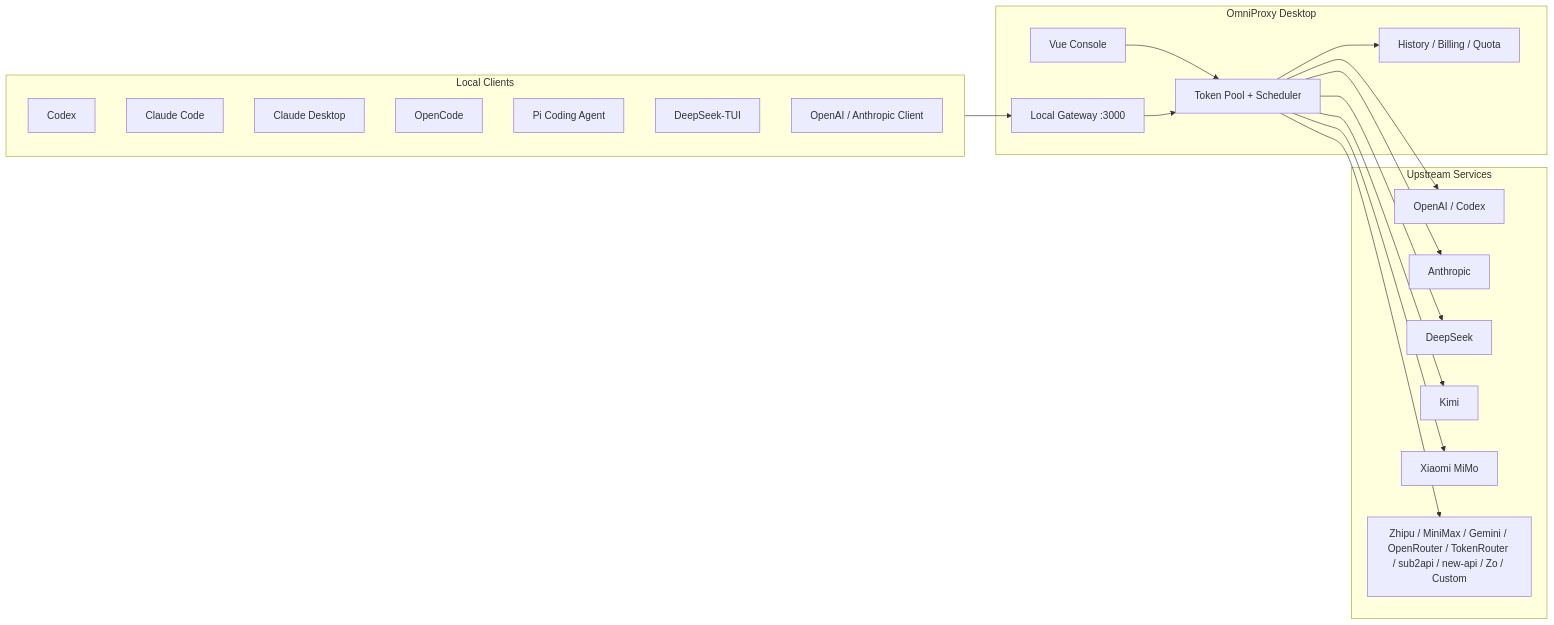
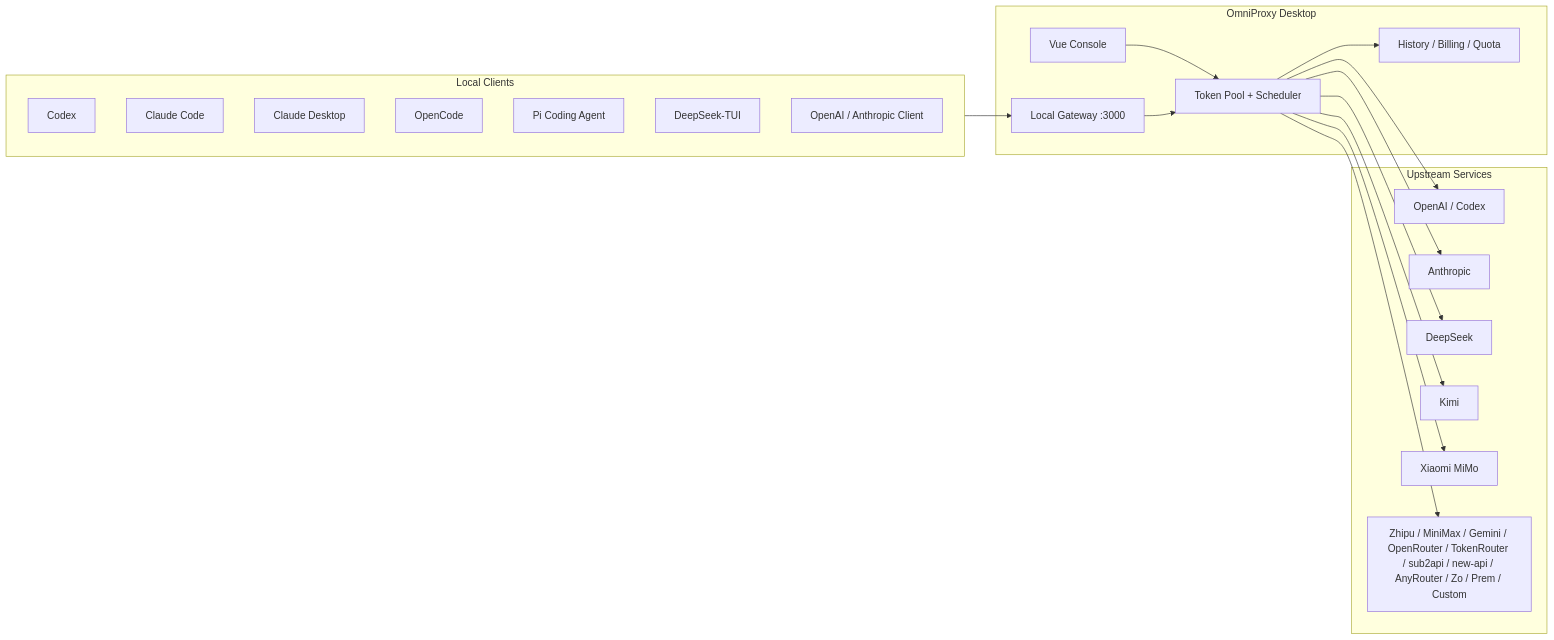
One commit to nxtreaming/OmniProxy changed the diagram in README_EN.md. Above: the diagram before and after it, drawn with Mermaid. The commit also changed other lines of this file and 24 other files, not shown here.

````diff
--- a/README_EN.md
+++ b/README_EN.md
@@ -47,39 +47,39 @@
 ```mermaid
 flowchart LR
   subgraph Clients["Local Clients"]
     Codex["Codex"]
     Claude["Claude Code"]
     ClaudeDesktop["Claude Desktop"]
     OpenCode["OpenCode"]
     Pi["Pi Coding Agent"]
     DeepSeekTUI["DeepSeek-TUI"]
     API["OpenAI / Anthropic Client"]
   end
 
   subgraph OmniProxy["OmniProxy Desktop"]
     Console["Vue Console"]
     Proxy["Local Gateway :3000"]
     Scheduler["Token Pool + Scheduler"]
     Logs["History / Billing / Quota"]
   end
 
   subgraph Providers["Upstream Services"]
     OpenAI["OpenAI / Codex"]
     Anthropic["Anthropic"]
     DeepSeek["DeepSeek"]
     Kimi["Kimi"]
     Mimo["Xiaomi MiMo"]
-    More["Zhipu / MiniMax / Gemini / OpenRouter / TokenRouter / sub2api / new-api / Zo / Custom"]
+    More["Zhipu / MiniMax / Gemini / OpenRouter / TokenRouter / sub2api / new-api / AnyRouter / Zo / Prem / Custom"]
   end
 
   Clients --> Proxy
   Console --> Scheduler
   Proxy --> Scheduler
   Scheduler --> Logs
   Scheduler --> OpenAI
   Scheduler --> Anthropic
   Scheduler --> DeepSeek
   Scheduler --> Kimi
   Scheduler --> Mimo
   Scheduler --> More
 ```
````
